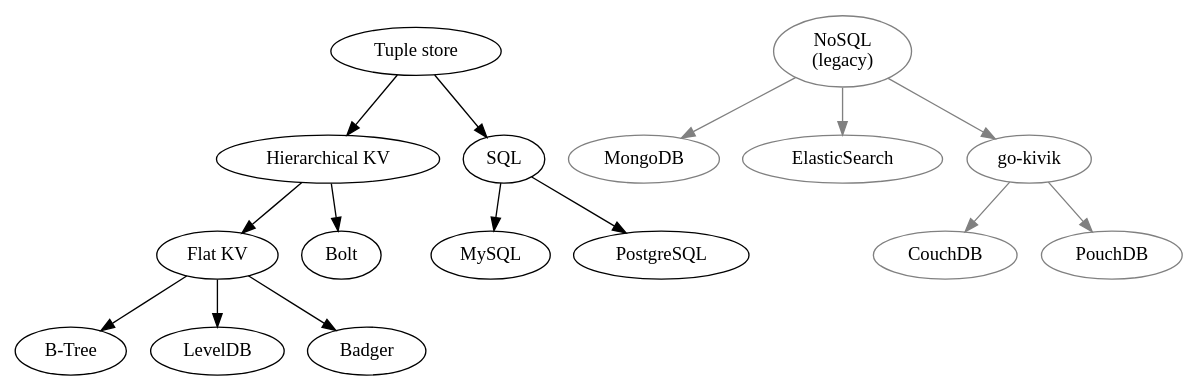
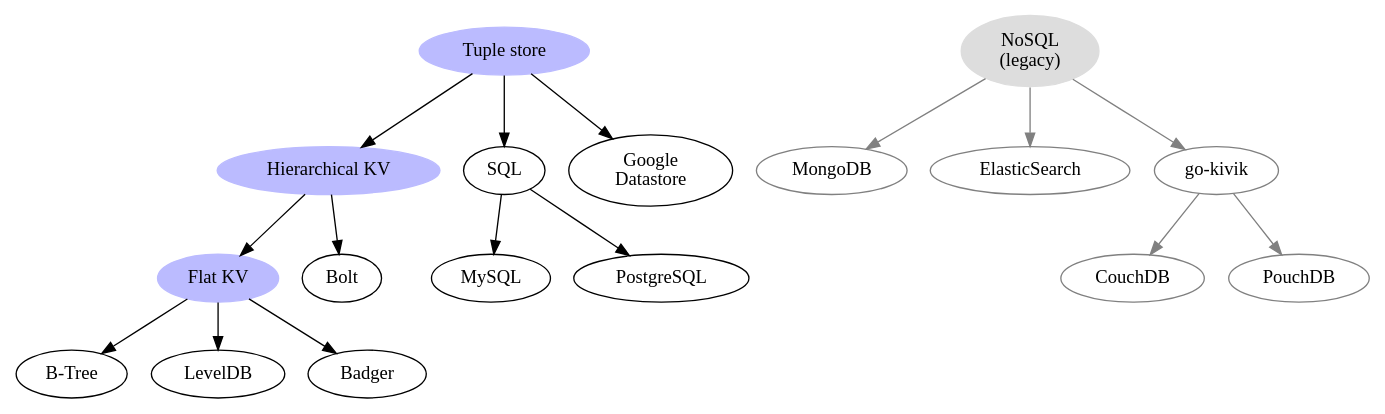
The diagram in db-hierarchy.gv (hidal-go/hidalgo), drawn with Graphviz before and after one commit. The commit also changed 13 other files, not shown here.

Commit message:
tuple: support Google Datastore

```diff
--- a/db-hierarchy.gv
+++ b/db-hierarchy.gv
@@ -1,36 +1,39 @@
 digraph DBs {
-    flat_kv [label="Flat KV" URL="./docs/kv-flat.md"]
+    flat_kv [label="Flat KV" URL="./docs/kv-flat.md" color="#bbbbff" style=filled]
     btree [label="B-Tree"]
     flat_kv -> btree
     leveldb [label="LevelDB"]
     flat_kv -> leveldb
     badger [label="Badger"]
     flat_kv -> badger
 
-    hie_kv [label="Hierarchical KV" URL="./docs/kv-hierarchical.md"]
+    hie_kv [label="Hierarchical KV" URL="./docs/kv-hierarchical.md" color="#bbbbff" style=filled]
     hie_kv -> flat_kv
     bolt [label="Bolt"]
     hie_kv -> bolt
 
     sql_tuple [label="SQL" URL="./docs/sql-tuple.md"]
     mysql [label="MySQL"]
     sql_tuple -> mysql
     postgres [label="PostgreSQL"]
     sql_tuple -> postgres
 
-    strict_tuple [label="Tuple store" URL="./docs/tuple-strict.md"]
+    datastore [label="Google\nDatastore"]
+    strict_tuple -> datastore
+
+    strict_tuple [label="Tuple store" URL="./docs/tuple-strict.md" color="#bbbbff" style=filled]
     strict_tuple -> hie_kv
     strict_tuple -> sql_tuple
 
-    legacy_nosql [label="NoSQL\n(legacy)", color=grey]
+    legacy_nosql [label="NoSQL\n(legacy)", color="#dddddd" style=filled]
     legacy_mongo [label="MongoDB", color=grey]
     legacy_nosql -> legacy_mongo [color=grey]
     legacy_elastic [label="ElasticSearch", color=grey]
     legacy_nosql -> legacy_elastic [color=grey]
     legacy_ouch [label="go-kivik", color=grey]
     legacy_nosql -> legacy_ouch [color=grey]
     legacy_couch [label="CouchDB", color=grey]
     legacy_ouch -> legacy_couch [color=grey]
     legacy_pouch [label="PouchDB", color=grey]
     legacy_ouch -> legacy_pouch [color=grey]
 }
```
